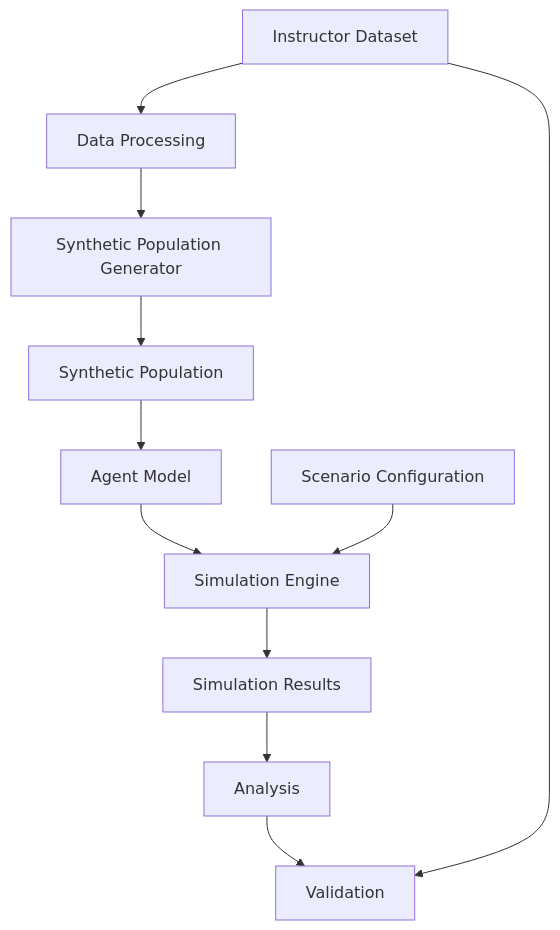
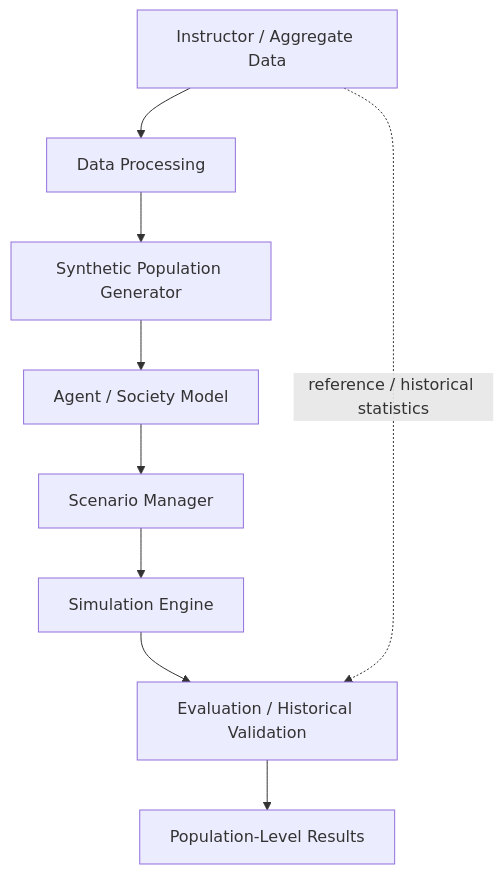
The diagram in README.md (Samotic/AI-powered-digital-society-twin), drawn with Mermaid before and after one commit. The commit also changed other lines of this file and 15 other files, not shown here.

````diff
--- a/README.md
+++ b/README.md
@@ -52,13 +63,20 @@
 ```mermaid
 flowchart TD
-    A["Instructor Dataset"] --> B["Data Processing"]
-    B --> C["Synthetic Population Generator"]
-    C --> D["Synthetic Population"]
-    D --> E["Agent Model"]
-    E --> F["Simulation Engine"]
-    G["Scenario Configuration"] --> F
-    F --> H["Simulation Results"]
-    H --> I["Analysis"]
-    I --> J["Validation"]
-    A --> J
+    A["Instructor / Aggregate Data"]
+    B["Data Processing"]
+    C["Synthetic Population Generator"]
+    D["Agent / Society Model"]
+    E["Scenario Manager"]
+    F["Simulation Engine"]
+    G["Evaluation / Historical Validation"]
+    H["Population-Level Results"]
+
+    A --> B
+    B --> C
+    C --> D
+    D --> E
+    E --> F
+    F --> G
+    G --> H
+    A -.->|reference / historical statistics| G
 ```
````
